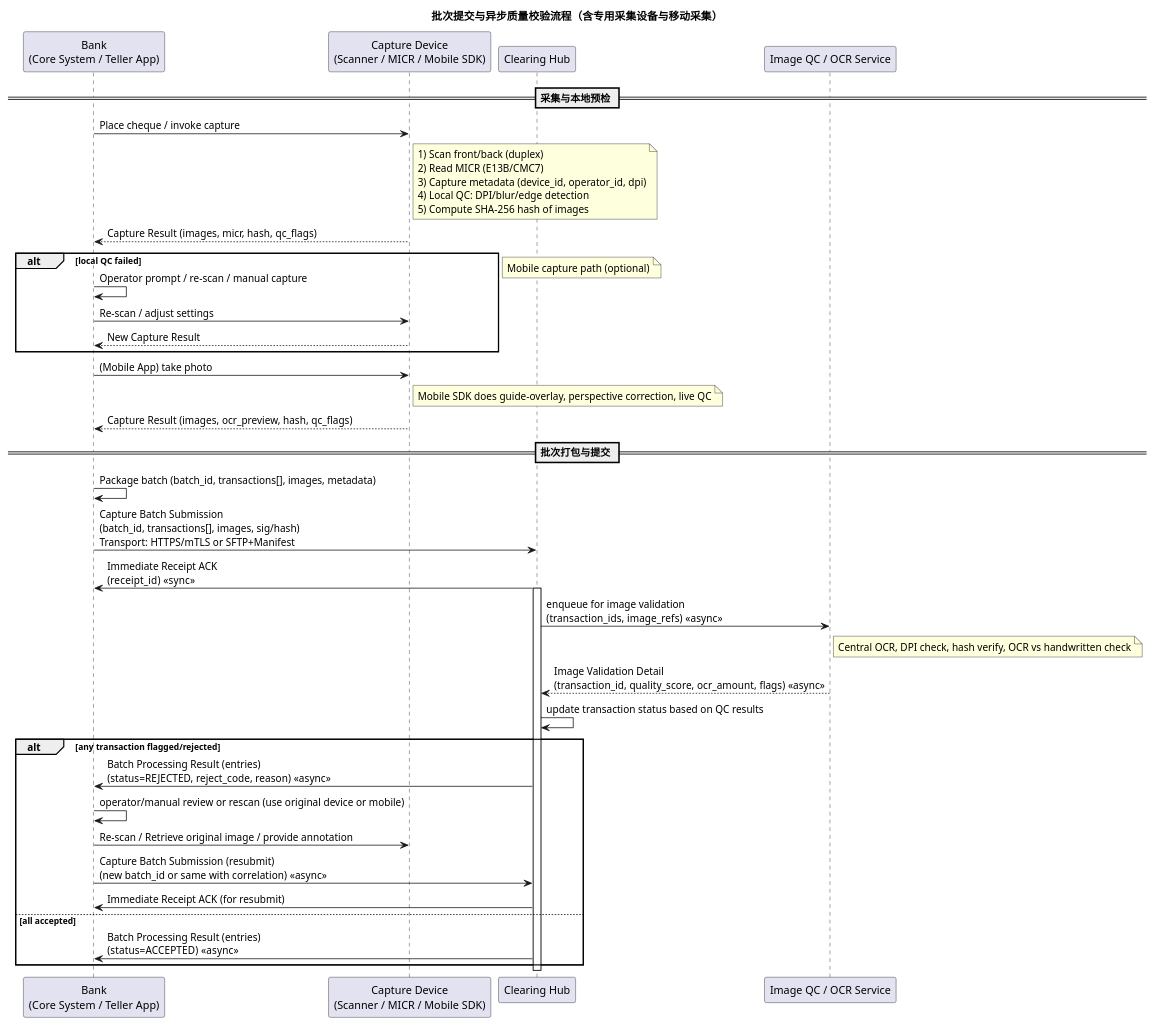
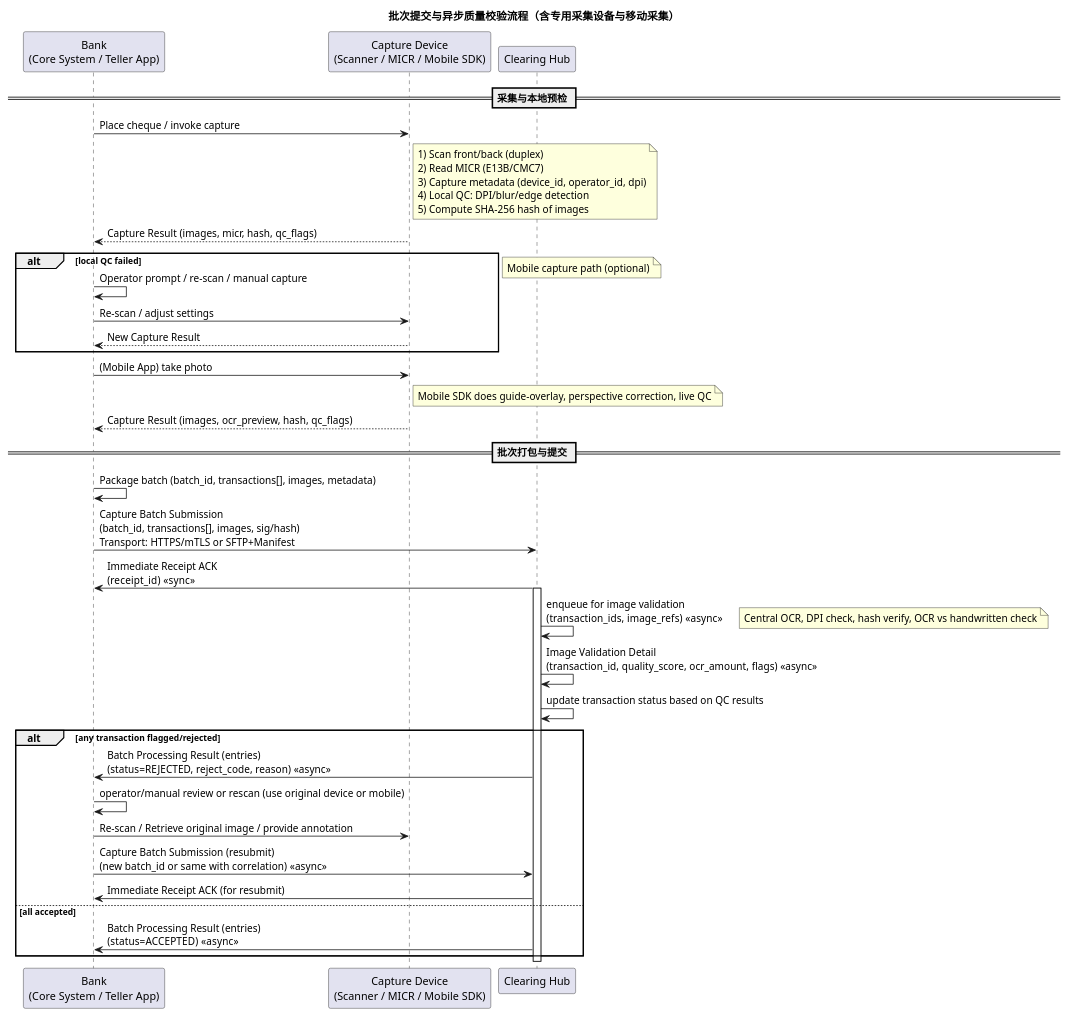
The diagram in docs/flow/1_batch_processing_async.puml (achaocai/HT-CITS), drawn with PlantUML before and after one commit.

Commit message:
Refactor batch flow: embed QC into Clearing Hub (remove separate QC actor)

```diff
--- a/docs/flow/1_batch_processing_async.puml
+++ b/docs/flow/1_batch_processing_async.puml
@@ -1,49 +1,48 @@
 @startuml
 title 批次提交与异步质量校验流程（含专用采集设备与移动采集）
 
 participant Bank as "Bank\n(Core System / Teller App)"
 participant Device as "Capture Device\n(Scanner / MICR / Mobile SDK)"
 participant Clearing as "Clearing Hub"
-participant QC as "Image QC / OCR Service"
 
 == 采集与本地预检 ==
 Bank -> Device : Place cheque / invoke capture
 note right of Device: 1) Scan front/back (duplex)\n2) Read MICR (E13B/CMC7)\n3) Capture metadata (device_id, operator_id, dpi)\n4) Local QC: DPI/blur/edge detection\n5) Compute SHA-256 hash of images
 Device --> Bank : Capture Result (images, micr, hash, qc_flags)
 
 alt local QC failed
   Bank -> Bank : Operator prompt / re-scan / manual capture
   Bank -> Device : Re-scan / adjust settings
   Device --> Bank : New Capture Result
 end
 
 note left: Mobile capture path (optional)
 Bank -> Device : (Mobile App) take photo
 note right of Device: Mobile SDK does guide-overlay, perspective correction, live QC
 Device --> Bank : Capture Result (images, ocr_preview, hash, qc_flags)
 
 == 批次打包与提交 ==
 Bank -> Bank : Package batch (batch_id, transactions[], images, metadata)
 Bank -> Clearing : Capture Batch Submission\n(batch_id, transactions[], images, sig/hash)\nTransport: HTTPS/mTLS or SFTP+Manifest
 
 Clearing -> Bank : Immediate Receipt ACK\n(receipt_id)  <<sync>>
 activate Clearing
 
-Clearing -> QC : enqueue for image validation\n(transaction_ids, image_refs)  <<async>>
-note right of QC: Central OCR, DPI check, hash verify, OCR vs handwritten check
+Clearing -> Clearing : enqueue for image validation\n(transaction_ids, image_refs)  <<async>>
+note right: Central OCR, DPI check, hash verify, OCR vs handwritten check
 
-QC --> Clearing : Image Validation Detail\n(transaction_id, quality_score, ocr_amount, flags)  <<async>>
+Clearing -> Clearing : Image Validation Detail\n(transaction_id, quality_score, ocr_amount, flags)  <<async>>
 Clearing -> Clearing : update transaction status based on QC results
 
 alt any transaction flagged/rejected
   Clearing -> Bank : Batch Processing Result (entries)\n(status=REJECTED, reject_code, reason)  <<async>>
   Bank -> Bank : operator/manual review or rescan (use original device or mobile)
   Bank -> Device : Re-scan / Retrieve original image / provide annotation
   Bank -> Clearing : Capture Batch Submission (resubmit)\n(new batch_id or same with correlation)  <<async>>
   Clearing -> Bank : Immediate Receipt ACK (for resubmit)
 else all accepted
   Clearing -> Bank : Batch Processing Result (entries)\n(status=ACCEPTED)  <<async>>
 end
 
 deactivate Clearing
 @enduml
```
